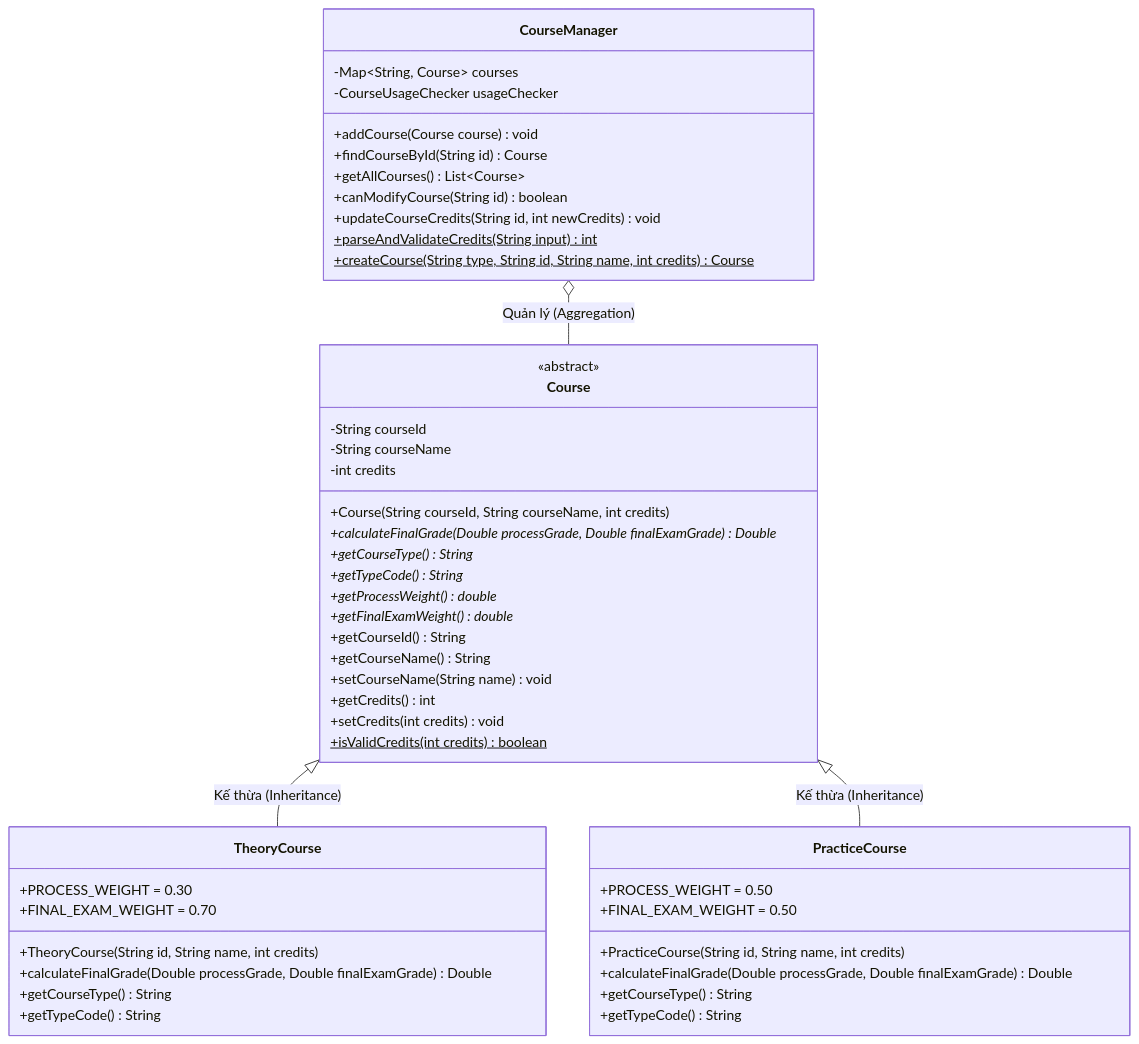
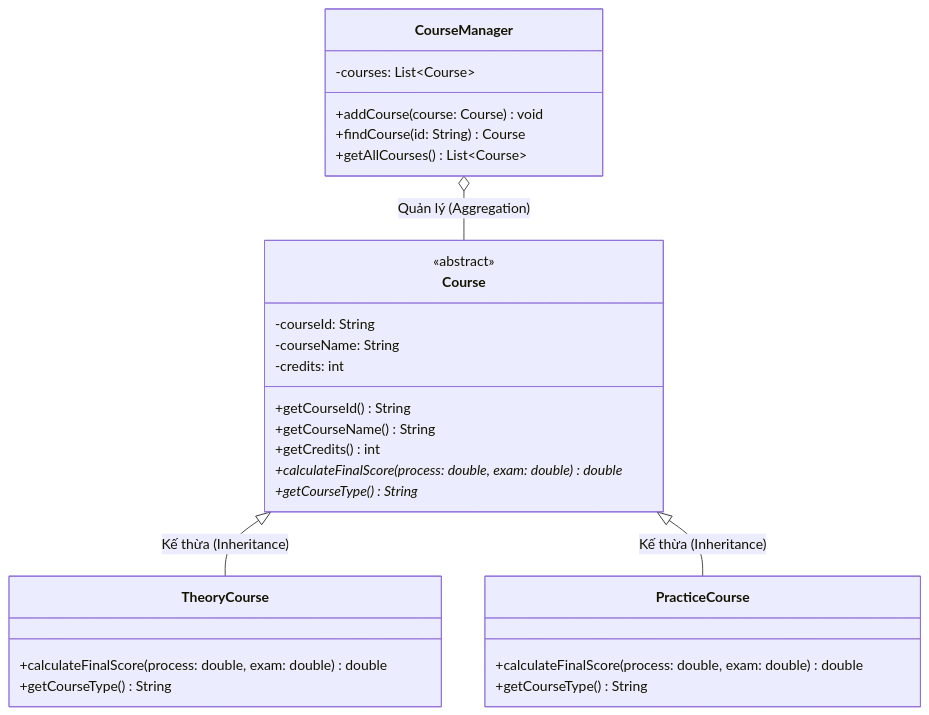
The diagram in docs/BAO_CAO_NGUOI_2.md (nguyennhatnam873-stack/FPTU-FA26-PRO192-SE21B-Group02), drawn with Mermaid before and after one commit. The commit also changed 5 other files, not shown here.

````diff
--- a/docs/BAO_CAO_NGUOI_2.md
+++ b/docs/BAO_CAO_NGUOI_2.md
@@ -30,55 +30,35 @@
 ```mermaid
 classDiagram
     class Course {
         <<abstract>>
-        -String courseId
-        -String courseName
-        -int credits
-        +Course(String courseId, String courseName, int credits)
-        +calculateFinalGrade(Double processGrade, Double finalExamGrade)* Double
-        +getCourseType()* String
-        +getTypeCode()* String
-        +getProcessWeight()* double
-        +getFinalExamWeight()* double
+        -courseId: String
+        -courseName: String
+        -credits: int
         +getCourseId() String
         +getCourseName() String
-        +setCourseName(String name) void
         +getCredits() int
-        +setCredits(int credits) void
-        +isValidCredits(int credits)$ boolean
+        +calculateFinalScore(process: double, exam: double)* double
+        +getCourseType()* String
     }
 
     class TheoryCourse {
-        +PROCESS_WEIGHT = 0.30
-        +FINAL_EXAM_WEIGHT = 0.70
-        +TheoryCourse(String id, String name, int credits)
-        +calculateFinalGrade(Double processGrade, Double finalExamGrade) Double
+        +calculateFinalScore(process: double, exam: double) double
         +getCourseType() String
-        +getTypeCode() String
     }
 
     class PracticeCourse {
-        +PROCESS_WEIGHT = 0.50
-        +FINAL_EXAM_WEIGHT = 0.50
-        +PracticeCourse(String id, String name, int credits)
-        +calculateFinalGrade(Double processGrade, Double finalExamGrade) Double
+        +calculateFinalScore(process: double, exam: double) double
         +getCourseType() String
-        +getTypeCode() String
     }
 
     class CourseManager {
-        -Map~String, Course~ courses
-        -CourseUsageChecker usageChecker
-        +addCourse(Course course) void
-        +findCourseById(String id) Course
+        -courses: List~Course~
+        +addCourse(course: Course) void
+        +findCourse(id: String) Course
         +getAllCourses() List~Course~
-        +canModifyCourse(String id) boolean
-        +updateCourseCredits(String id, int newCredits) void
-        +parseAndValidateCredits(String input)$ int
-        +createCourse(String type, String id, String name, int credits)$ Course
     }
 
     Course <|-- TheoryCourse : Kế thừa (Inheritance)
     Course <|-- PracticeCourse : Kế thừa (Inheritance)
     CourseManager o-- Course : Quản lý (Aggregation)
 ```
````
